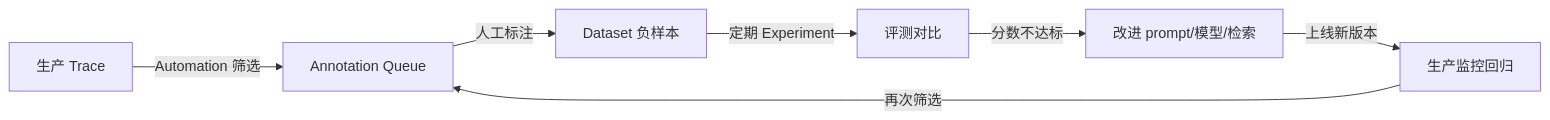
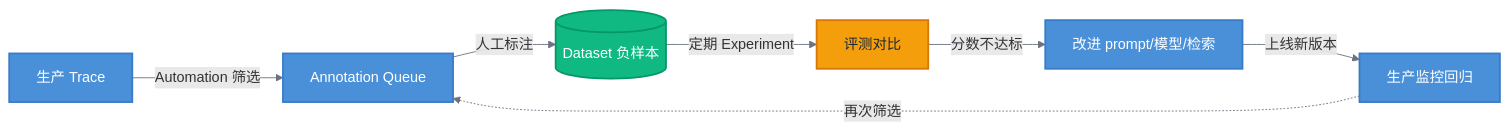
One commit to 1byteone/interview-note changed the diagram in 2-learning/stacks/18-langsmith/03-advanced/03-feedback-automation.md. Above: the diagram before and after it, drawn with Mermaid. The commit also changed other lines of this file and 8 other files, not shown here.

First line of the commit message:
docs: 18-langsmith Mermaid 图表规范化（已渲染校验）+ 商城 LangChain/LangSmith 落地面试 QA

````diff
--- a/2-learning/stacks/18-langsmith/03-advanced/03-feedback-automation.md
+++ b/2-learning/stacks/18-langsmith/03-advanced/03-feedback-automation.md
@@ -75,9 +75,18 @@
 ```mermaid
+%%{ init: { 'theme': 'default', 'themeVariables': { 'primaryColor': '#4A90D9', 'primaryBorderColor': '#3A7BC8', 'primaryTextColor': '#1F2937', 'secondaryColor': '#F59E0B', 'tertiaryColor': '#10B981', 'lineColor': '#6B7280', 'backgroundColor': '#FFFFFF', 'fontFamily': 'Arial, Microsoft YaHei, Helvetica, PingFang SC, sans-serif' } } }%%
 flowchart LR
+    classDef service fill:#4A90D9,stroke:#3A7BC8,color:#FFFFFF,stroke-width:2px
+    classDef database fill:#10B981,stroke:#059669,color:#FFFFFF,stroke-width:2px
+    classDef queue fill:#F59E0B,stroke:#D97706,color:#1F2937,stroke-width:2px
+
     A[生产 Trace] -->|Automation 筛选| B[Annotation Queue]
-    B -->|人工标注| C[Dataset 负样本]
+    B -->|人工标注| C[(Dataset 负样本)]
     C -->|定期 Experiment| D[评测对比]
     D -->|分数不达标| E[改进 prompt/模型/检索]
     E -->|上线新版本| F[生产监控回归]
-    F -->|再次筛选| B
+    F -.->|再次筛选| B
+
+    class A,B,E,F service
+    class C database
+    class D queue
 ```
````
